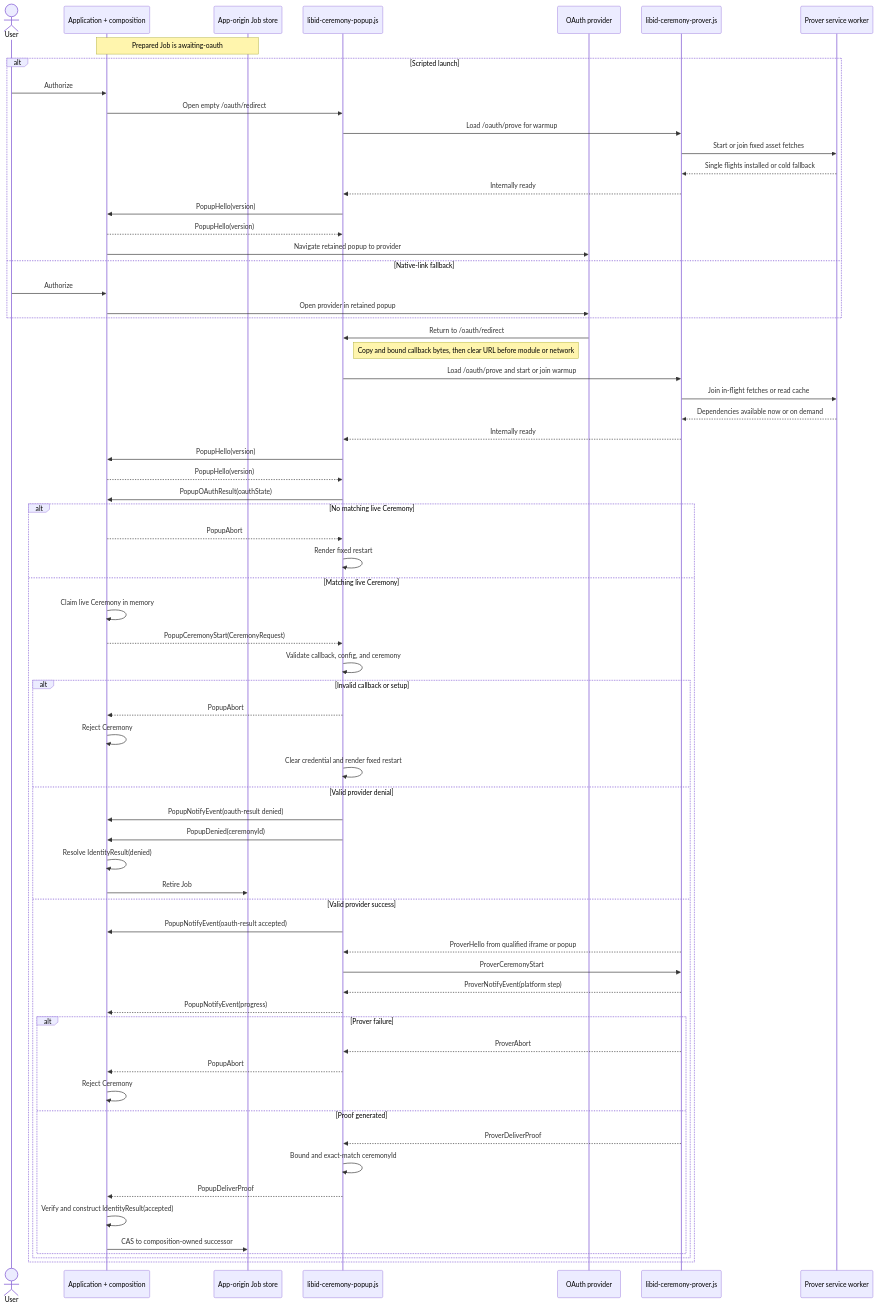
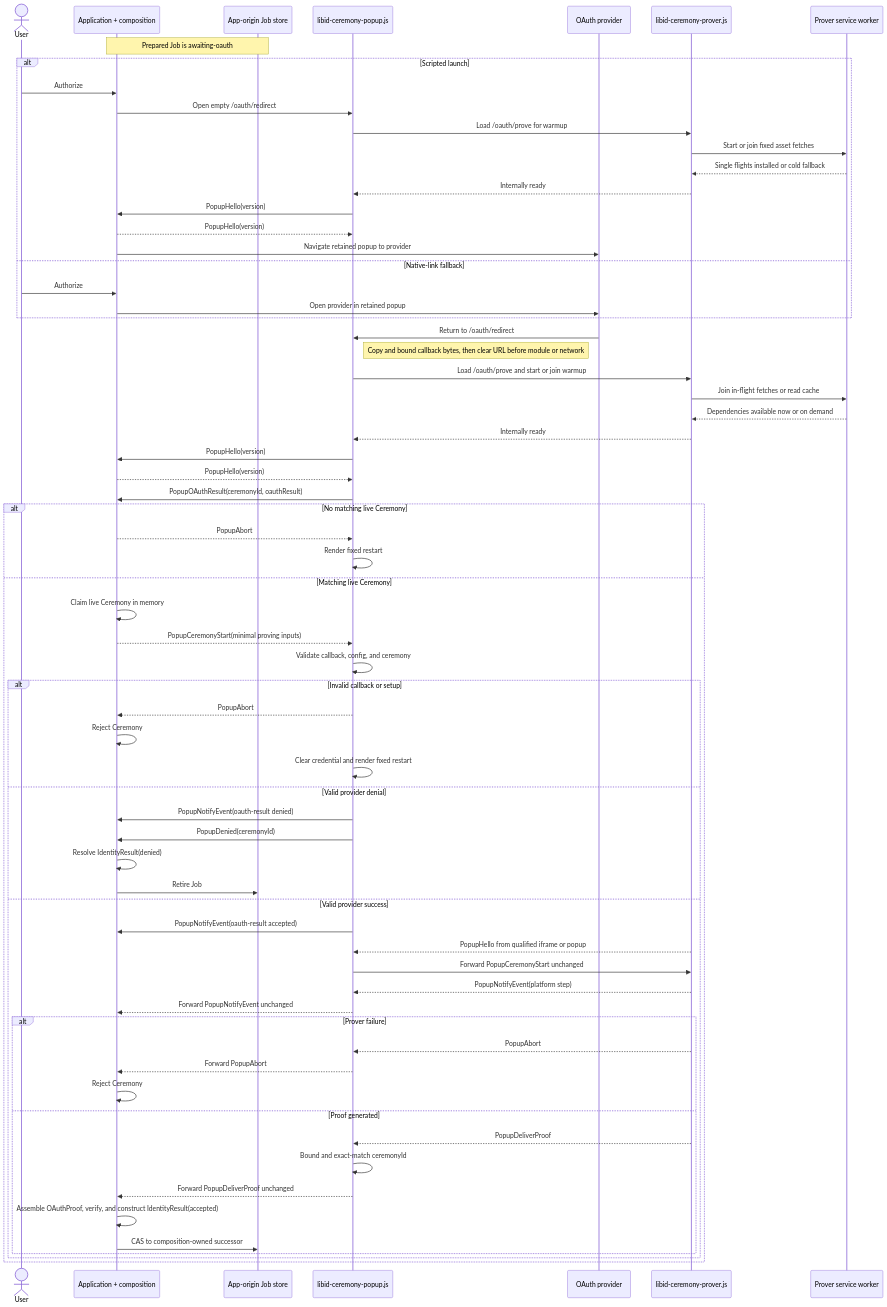
One commit to libid-org/libid changed the diagram in ts/packages/ceremony/ARCHITECTURE.md. Above: the diagram before and after it, drawn with Mermaid. The commit also changed other lines of this file and 1 other file, not shown here.

Commit message:
docs(ceremony): simplify popup proving inputs

````diff
--- a/ts/packages/ceremony/ARCHITECTURE.md
+++ b/ts/packages/ceremony/ARCHITECTURE.md
@@ -576,71 +589,71 @@
 ```mermaid
 sequenceDiagram
     actor U as User
     participant A as Application + composition
     participant J as App-origin Job store
     participant C as libid-ceremony-popup.js
     participant O as OAuth provider
     participant P as libid-ceremony-prover.js
     participant W as Prover service worker
 
     Note over A,J: Prepared Job is awaiting-oauth
     alt Scripted launch
         U->>A: Authorize
         A->>C: Open empty /oauth/redirect
         C->>P: Load /oauth/prove for warmup
         P->>W: Start or join fixed asset fetches
         W-->>P: Single flights installed or cold fallback
         P-->>C: Internally ready
         C->>A: PopupHello(version)
         A-->>C: PopupHello(version)
         A->>O: Navigate retained popup to provider
     else Native-link fallback
         U->>A: Authorize
         A->>O: Open provider in retained popup
     end
     O->>C: Return to /oauth/redirect
     Note right of C: Copy and bound callback bytes, then clear URL before module or network
     C->>P: Load /oauth/prove and start or join warmup
     P->>W: Join in-flight fetches or read cache
     W-->>P: Dependencies available now or on demand
     P-->>C: Internally ready
     C->>A: PopupHello(version)
     A-->>C: PopupHello(version)
-    C->>A: PopupOAuthResult(oauthState)
+    C->>A: PopupOAuthResult(ceremonyId, oauthResult)
     alt No matching live Ceremony
         A-->>C: PopupAbort
         C->>C: Render fixed restart
     else Matching live Ceremony
         A->>A: Claim live Ceremony in memory
-        A-->>C: PopupCeremonyStart(CeremonyRequest)
+        A-->>C: PopupCeremonyStart(minimal proving inputs)
         C->>C: Validate callback, config, and ceremony
 
         alt Invalid callback or setup
             C-->>A: PopupAbort
             A->>A: Reject Ceremony
             C->>C: Clear credential and render fixed restart
         else Valid provider denial
             C->>A: PopupNotifyEvent(oauth-result denied)
             C->>A: PopupDenied(ceremonyId)
             A->>A: Resolve IdentityResult(denied)
             A->>J: Retire Job
         else Valid provider success
             C->>A: PopupNotifyEvent(oauth-result accepted)
-            P-->>C: ProverHello from qualified iframe or popup
-            C->>P: ProverCeremonyStart
-            P-->>C: ProverNotifyEvent(platform step)
-            C-->>A: PopupNotifyEvent(progress)
+            P-->>C: PopupHello from qualified iframe or popup
+            C->>P: Forward PopupCeremonyStart unchanged
+            P-->>C: PopupNotifyEvent(platform step)
+            C-->>A: Forward PopupNotifyEvent unchanged
             alt Prover failure
-                P-->>C: ProverAbort
-                C-->>A: PopupAbort
+                P-->>C: PopupAbort
+                C-->>A: Forward PopupAbort
                 A->>A: Reject Ceremony
             else Proof generated
-                P-->>C: ProverDeliverProof
+                P-->>C: PopupDeliverProof
                 C->>C: Bound and exact-match ceremonyId
-                C-->>A: PopupDeliverProof
-                A->>A: Verify and construct IdentityResult(accepted)
+                C-->>A: Forward PopupDeliverProof unchanged
+                A->>A: Assemble OAuthProof, verify, and construct IdentityResult(accepted)
                 A->>J: CAS to composition-owned successor
             end
         end
     end
 ```
````
